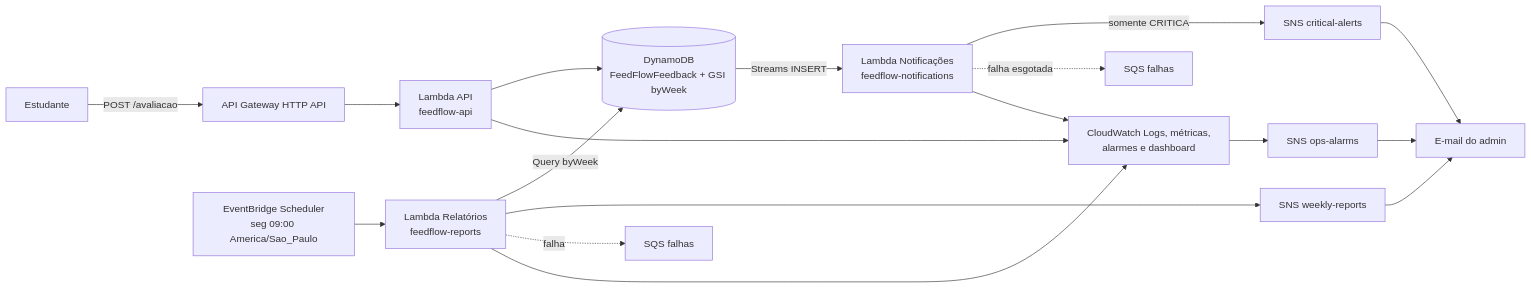
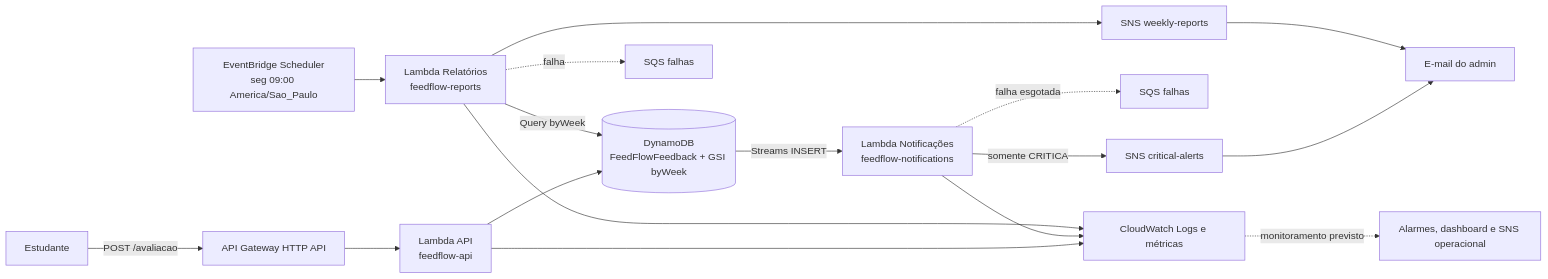
One commit to ygorsmedeiros/FeedFlow changed the diagram in README.md. Above: the diagram before and after it, drawn with Mermaid. The commit also changed other lines of this file and 2 other files, not shown here.

````diff
--- a/README.md
+++ b/README.md
@@ -13,15 +13,15 @@
 ```mermaid
 flowchart LR
     A[Estudante] -->|POST /avaliacao| G[API Gateway HTTP API]
     G --> L1[Lambda API<br/>feedflow-api]
     L1 --> D[(DynamoDB<br/>FeedFlowFeedback + GSI byWeek)]
     D -- Streams INSERT --> L2[Lambda Notificações<br/>feedflow-notifications]
     L2 -- somente CRITICA --> S1[SNS critical-alerts] --> E1[E-mail do admin]
     L2 -. falha esgotada .-> Q1[SQS falhas]
     EB[EventBridge Scheduler<br/>seg 09:00 America/Sao_Paulo] --> L3[Lambda Relatórios<br/>feedflow-reports]
     L3 -- Query byWeek --> D
     L3 --> S2[SNS weekly-reports] --> E1
     L3 -. falha .-> Q2[SQS falhas]
-    L1 & L2 & L3 --> CW[CloudWatch Logs, métricas,<br/>alarmes e dashboard]
-    CW --> S3[SNS ops-alarms] --> E1
+    L1 & L2 & L3 --> CW[CloudWatch Logs e métricas]
+    CW -. monitoramento previsto .-> S3[Alarmes, dashboard e SNS operacional]
 ```
````
